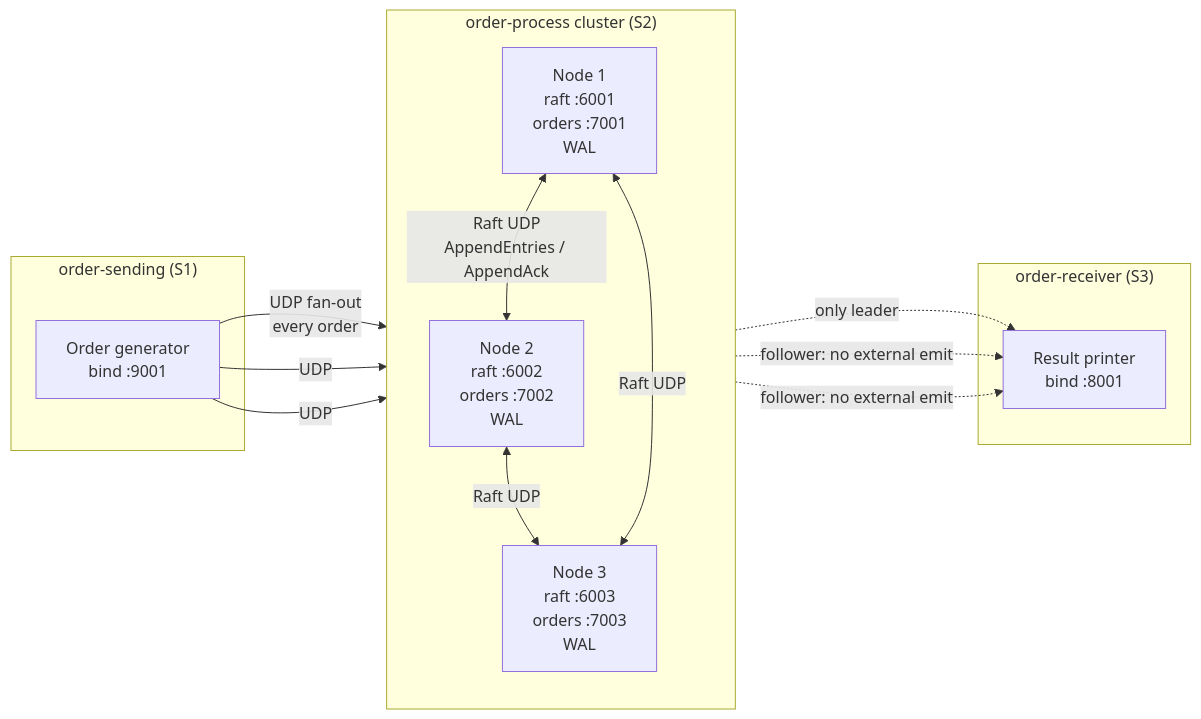
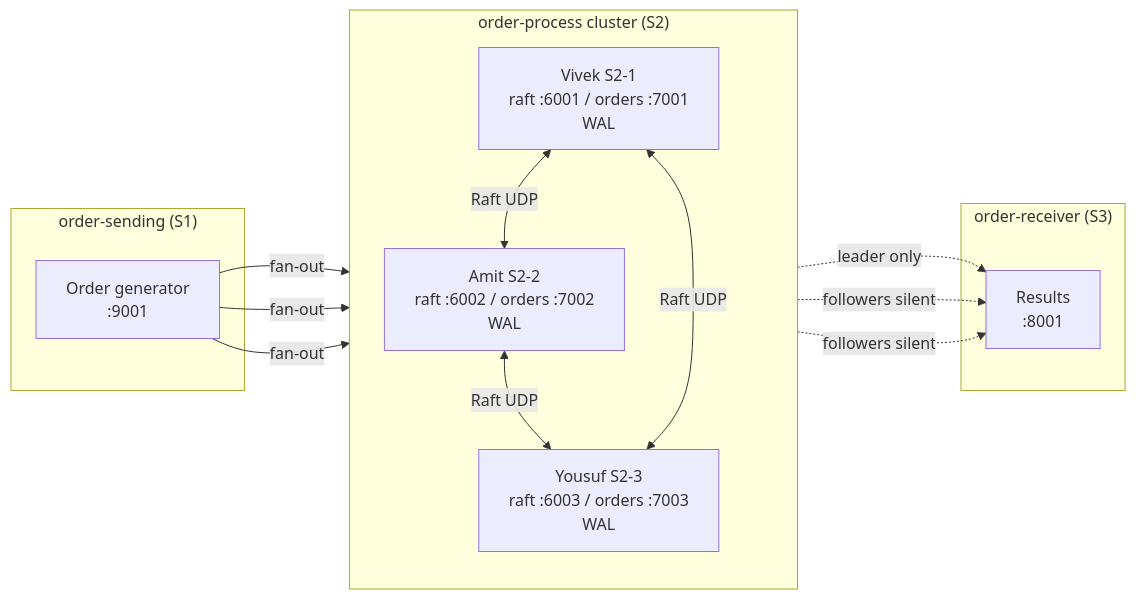
The diagram in README.md (yousuf788/oms), drawn with Mermaid before and after one commit. The commit also changed other lines of this file, not shown here.

Commit message:
docs: refresh README for env config, roles, and single-node failover

````diff
--- a/README.md
+++ b/README.md
@@ -22,28 +17,27 @@
 ```mermaid
 flowchart LR
     subgraph S1["order-sending (S1)"]
-        Sender["Order generator\nbind :9001"]
+        Sender["Order generator\n:9001"]
     end
 
     subgraph S2["order-process cluster (S2)"]
         direction TB
-        N1["Node 1\nraft :6001\norders :7001\nWAL"]
-        N2["Node 2\nraft :6002\norders :7002\nWAL"]
-        N3["Node 3\nraft :6003\norders :7003\nWAL"]
-        N1 <-->|"Raft UDP\nAppendEntries / AppendAck"| N2
+        N1["Vivek S2-1\nraft :6001 / orders :7001\nWAL"]
+        N2["Amit S2-2\nraft :6002 / orders :7002\nWAL"]
+        N3["Yousuf S2-3\nraft :6003 / orders :7003\nWAL"]
+        N1 <-->|"Raft UDP"| N2
         N2 <-->|"Raft UDP"| N3
         N3 <-->|"Raft UDP"| N1
     end
 
     subgraph S3["order-receiver (S3)"]
-        Receiver["Result printer\nbind :8001"]
+        Receiver["Results\n:8001"]
     end
 
-    Sender -->|"UDP fan-out\nevery order"| N1
-    Sender -->|"UDP"| N2
-    Sender -->|"UDP"| N3
-
-    N1 -.->|"only leader"| Receiver
-    N2 -.->|"follower: no external emit"| Receiver
-    N3 -.->|"follower: no external emit"| Receiver
+    Sender -->|"fan-out"| N1
+    Sender -->|"fan-out"| N2
+    Sender -->|"fan-out"| N3
+    N1 -.->|"leader only"| Receiver
+    N2 -.->|"followers silent"| Receiver
+    N3 -.->|"followers silent"| Receiver
 ```
````
